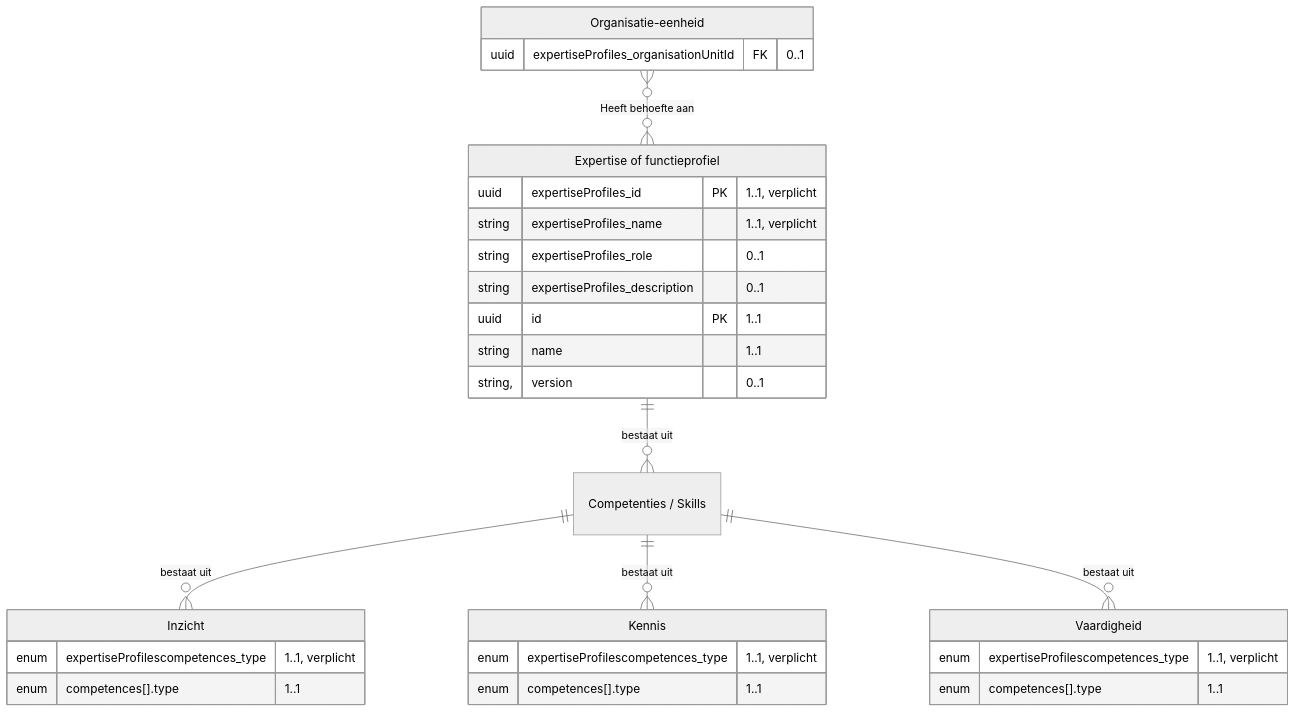
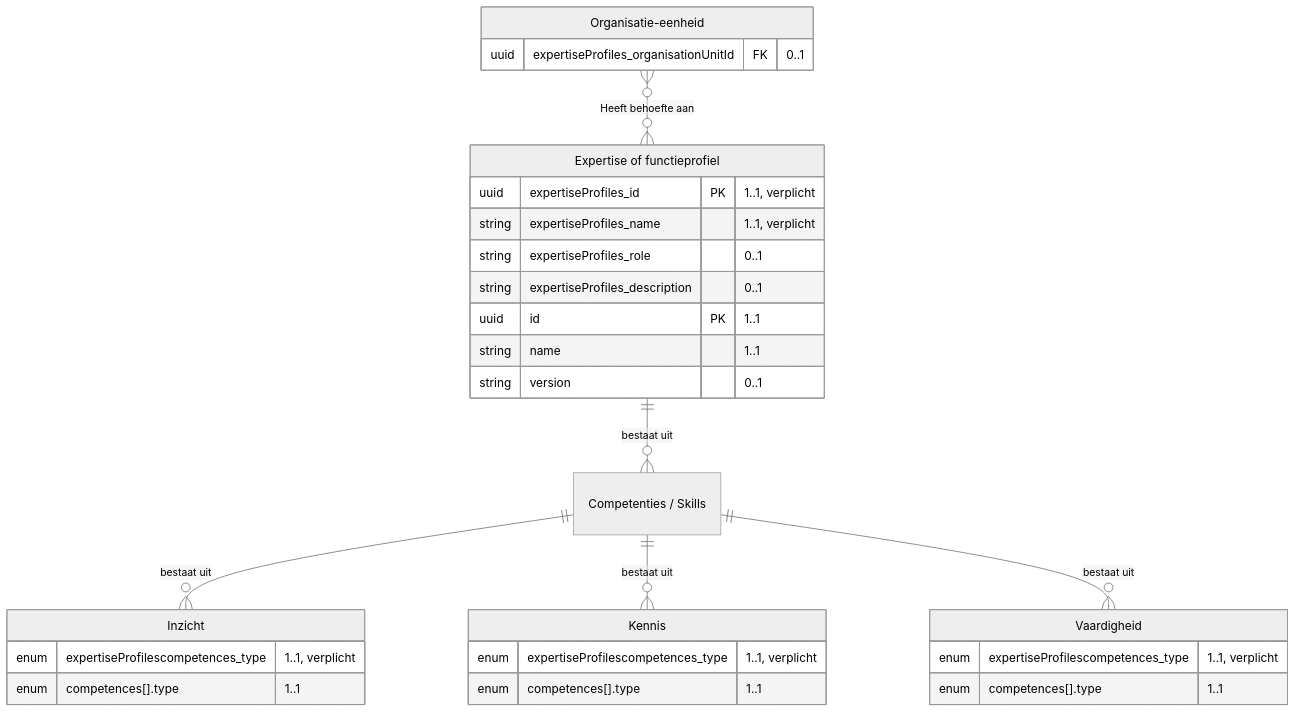
One commit to Npuls-OKx/meta changed the seventh of 10 diagrams in architecture/docs/specificatie/interactie-onderwijsaanbod/is-oa-02.md. Above: the diagram before and after it, drawn with Mermaid (neutral theme). The commit also changed other lines of this file and 40 other files, not shown here.

````diff
--- a/architecture/docs/specificatie/interactie-onderwijsaanbod/is-oa-02.md
+++ b/architecture/docs/specificatie/interactie-onderwijsaanbod/is-oa-02.md
@@ -453,33 +453,33 @@
 ```mermaid
 erDiagram
     "Competenties / Skills" ||--o{ "Inzicht" : "bestaat uit"
     "Competenties / Skills" ||--o{ "Kennis" : "bestaat uit"
     "Competenties / Skills" ||--o{ "Vaardigheid" : "bestaat uit"
     "Expertise of functieprofiel" ||--o{ "Competenties / Skills" : "bestaat uit"
     "Organisatie-eenheid" }o--o{ "Expertise of functieprofiel" : "Heeft behoefte aan"
     "Expertise of functieprofiel" {
         uuid expertiseProfiles_id PK "1..1, verplicht"
         string expertiseProfiles_name "1..1, verplicht"
         string expertiseProfiles_role "0..1"
         string expertiseProfiles_description "0..1"
         uuid id PK "1..1"
         string name "1..1"
-        string, version "0..1"
+        string version "0..1"
     }
     "Organisatie-eenheid" {
         uuid expertiseProfiles_organisationUnitId FK "0..1"
     }
     "Vaardigheid" {
         enum expertiseProfilescompetences_type "1..1, verplicht"
         enum competences[].type "1..1"
     }
     "Kennis" {
         enum expertiseProfilescompetences_type "1..1, verplicht"
         enum competences[].type "1..1"
     }
     "Inzicht" {
         enum expertiseProfilescompetences_type "1..1, verplicht"
         enum competences[].type "1..1"
     }
     "Competenties / Skills" { }
 ```
````
